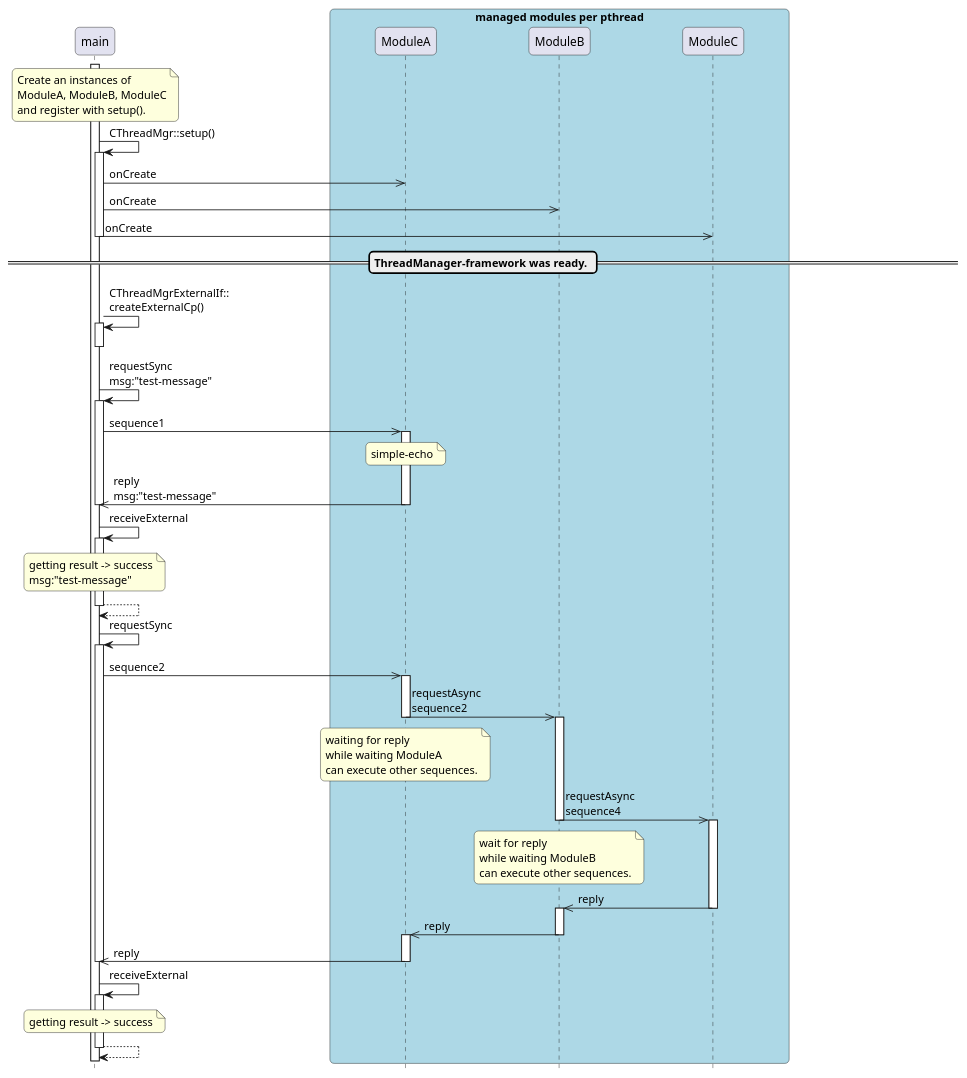
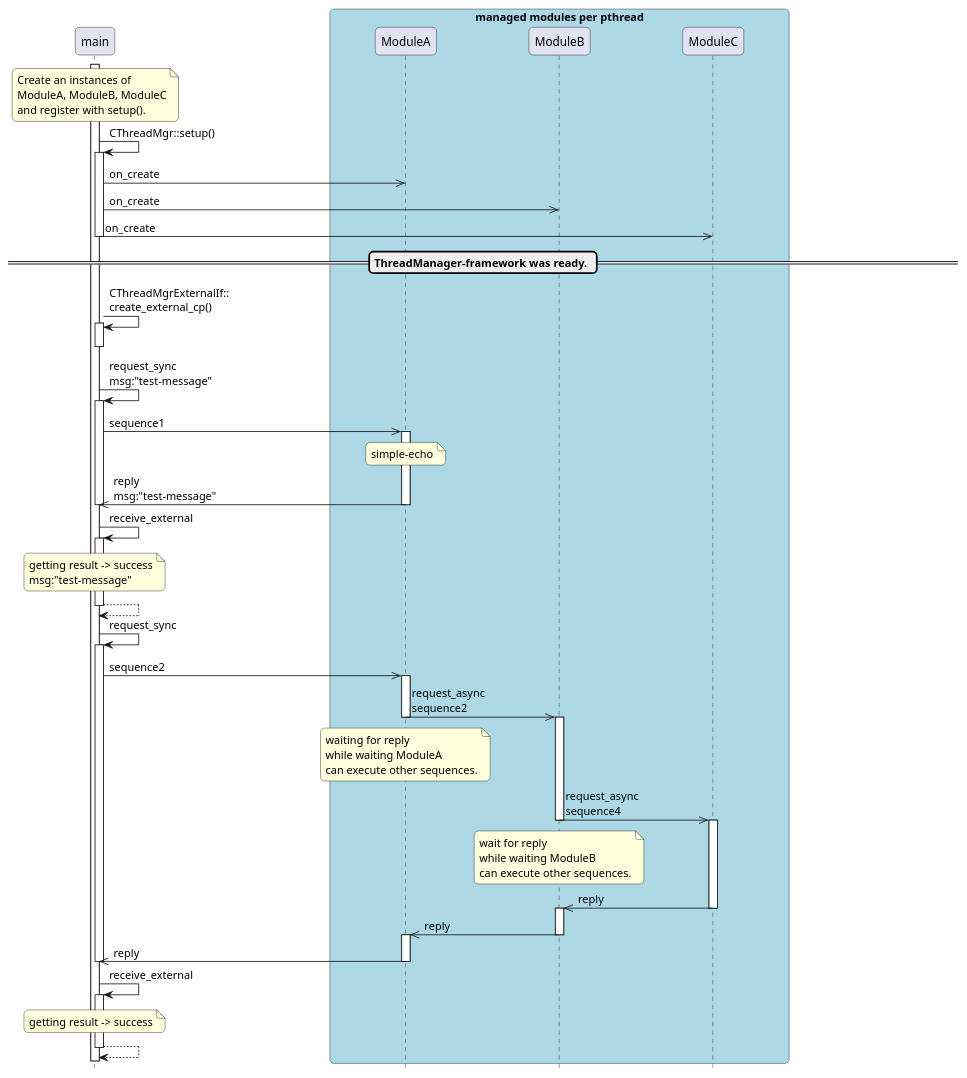
Before and after one commit to ysan/thread_manager: the diagram in etc/sample_seq_reqrep.puml, drawn with PlantUML. The commit also changed 7 other files, not shown here.

```diff
--- a/etc/sample_seq_reqrep.puml
+++ b/etc/sample_seq_reqrep.puml
@@ -1,114 +1,114 @@
 @startuml
 
 skinparam ParticipantPadding 50
 skinparam BoxPadding 200
 skinparam roundcorner 10
 
 participant main
 box "managed modules per pthread" #LightBlue
 participant ModuleA
 participant ModuleB
 participant ModuleC
 end box
 hide footbox
 
 activate main
 
 note over of main 
 Create an instances of 
 ModuleA, ModuleB, ModuleC
 and register with setup().
 end note
 
 main -> main: CThreadMgr::setup()
 activate main
-main->>ModuleA: onCreate
+main->>ModuleA: on_create
 'activate ModuleA
 'deactivate ModuleA
-main->>ModuleB: onCreate
+main->>ModuleB: on_create
 'activate ModuleB
 'deactivate ModuleB
-main->>ModuleC: onCreate
+main->>ModuleC: on_create
 'activate ModuleC
 'deactivate ModuleC
 deactivate main
 
 == ThreadManager-framework was ready. ==
 
-main -> main: CThreadMgrExternalIf::\ncreateExternalCp()
+main -> main: CThreadMgrExternalIf::\ncreate_external_cp()
 activate main
 deactivate main
 
-main->main: requestSync\nmsg:"test-message"
+main->main: request_sync\nmsg:"test-message"
 activate main
 main->>ModuleA: sequence1
 
 activate ModuleA
 note over of ModuleA 
 simple-echo
 end note
 
 ModuleA->>main: reply\nmsg:"test-message"
 deactivate ModuleA
 
 deactivate main
 
-main->main: receiveExternal
+main->main: receive_external
 activate main
 note over of main 
 getting result -> success
 msg:"test-message"
 end note
 'deactivate main
 return
 
-main->main: requestSync
+main->main: request_sync
 activate main
 main->>ModuleA: sequence2
 
 activate ModuleA
-ModuleA->>ModuleB: requestAsync\nsequence2
+ModuleA->>ModuleB: request_async\nsequence2
 deactivate ModuleA
 
 note over of ModuleA 
 waiting for reply
 while waiting ModuleA
 can execute other sequences.
 end note
 
 activate ModuleB
-ModuleB->>ModuleC: requestAsync\nsequence4
+ModuleB->>ModuleC: request_async\nsequence4
 deactivate ModuleB
 
 note over of ModuleB
 wait for reply
 while waiting ModuleB
 can execute other sequences.
 end note
 
 activate ModuleC
 ModuleC->>ModuleB: reply
 deactivate ModuleC
 
 activate ModuleB
 ModuleB->>ModuleA: reply
 deactivate ModuleB
 
 
 activate ModuleA
 ModuleA->>main: reply
 deactivate ModuleA
 
 deactivate main
 
-main->main: receiveExternal
+main->main: receive_external
 activate main
 note over of main 
 getting result -> success
 end note
 'deactivate main
 return
 
 
 
 @enduml
```
